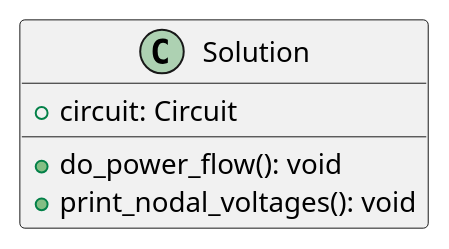
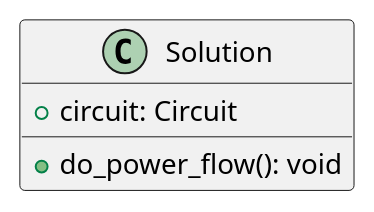
Before and after one commit to JLipnerPitt/ECE2774-ADV-POWER-SYSTEMS-ANALYSIS: the fourth of 4 diagrams in project1.plantuml, drawn with PlantUML.

Commit message:
Removed check_bus_names from @startuml Circuit and replaced it with print_nodal_voltages.

```diff
--- a/project1.plantuml
+++ b/project1.plantuml
@@ -66,7 +66,6 @@
 @startuml Solution
 class Solution {
     +circuit: Circuit
     +do_power_flow(): void
-    +print_nodal_voltages(): void
 }
 @enduml
```
